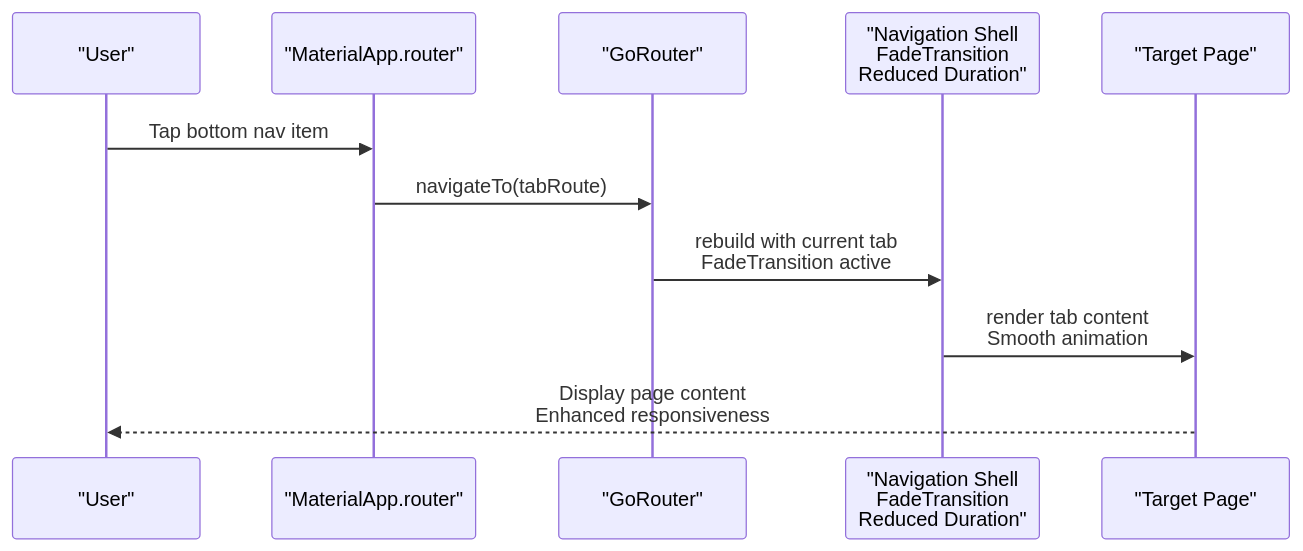
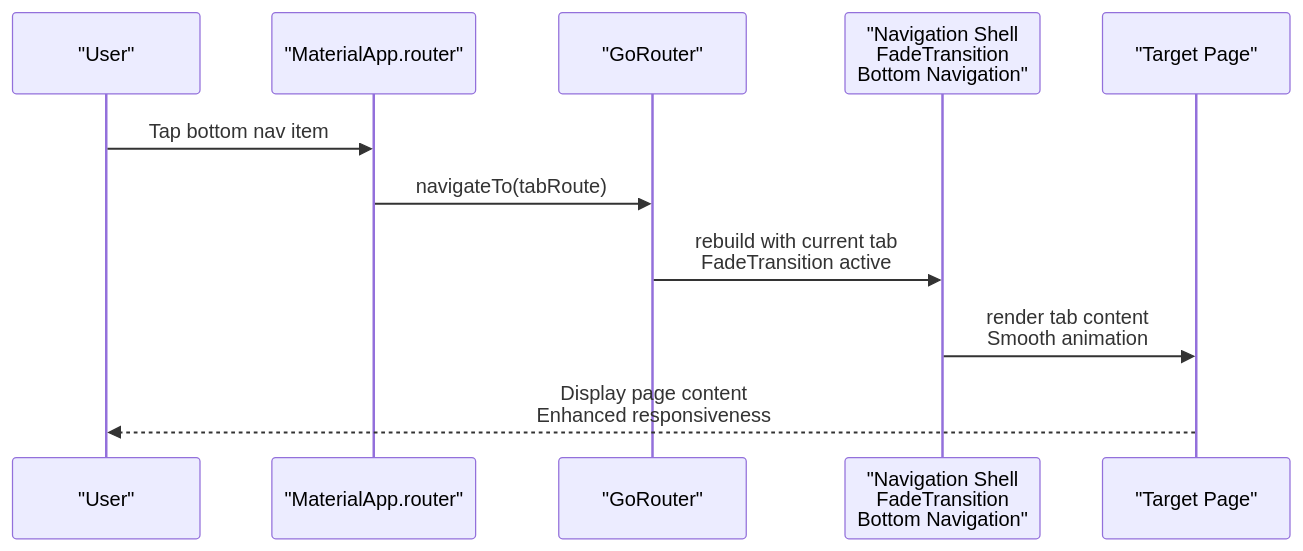
The second of 3 diagrams in .qoder/repowiki/en/content/UI Components and Pages/Page Architecture and Navigation.md (favoroo/QNote), drawn with Mermaid before and after one commit. The commit also changed other lines of this file and 65 other files, not shown here.

First line of the commit message:
docs: 新增项目文档与配置文件，修复AI提取与热力图问题

````diff
--- a/.qoder/repowiki/en/content/UI Components and Pages/Page Architecture and Navigation.md
+++ b/.qoder/repowiki/en/content/UI Components and Pages/Page Architecture and Navigation.md
@@ -86,13 +90,13 @@
 ```mermaid
 sequenceDiagram
 participant User as "User"
 participant App as "MaterialApp.router"
 participant Router as "GoRouter"
-participant Shell as "Navigation Shell<br/>FadeTransition<br/>Reduced Duration"
+participant Shell as "Navigation Shell<br/>FadeTransition<br/>Bottom Navigation"
 participant Page as "Target Page"
 User->>App : Tap bottom nav item
 App->>Router : navigateTo(tabRoute)
 Router->>Shell : rebuild with current tab<br/>FadeTransition active
 Shell->>Page : render tab content<br/>Smooth animation
 Page-->>User : Display page content<br/>Enhanced responsiveness
 ```
````
